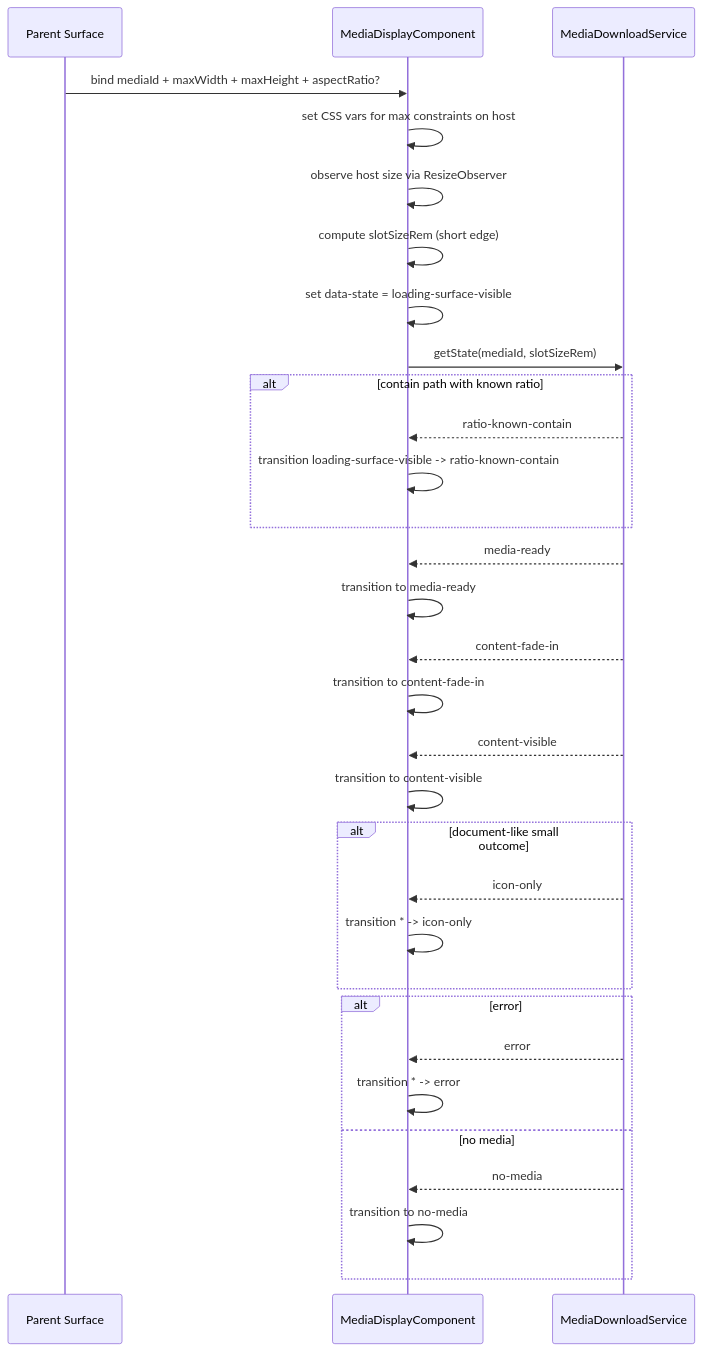
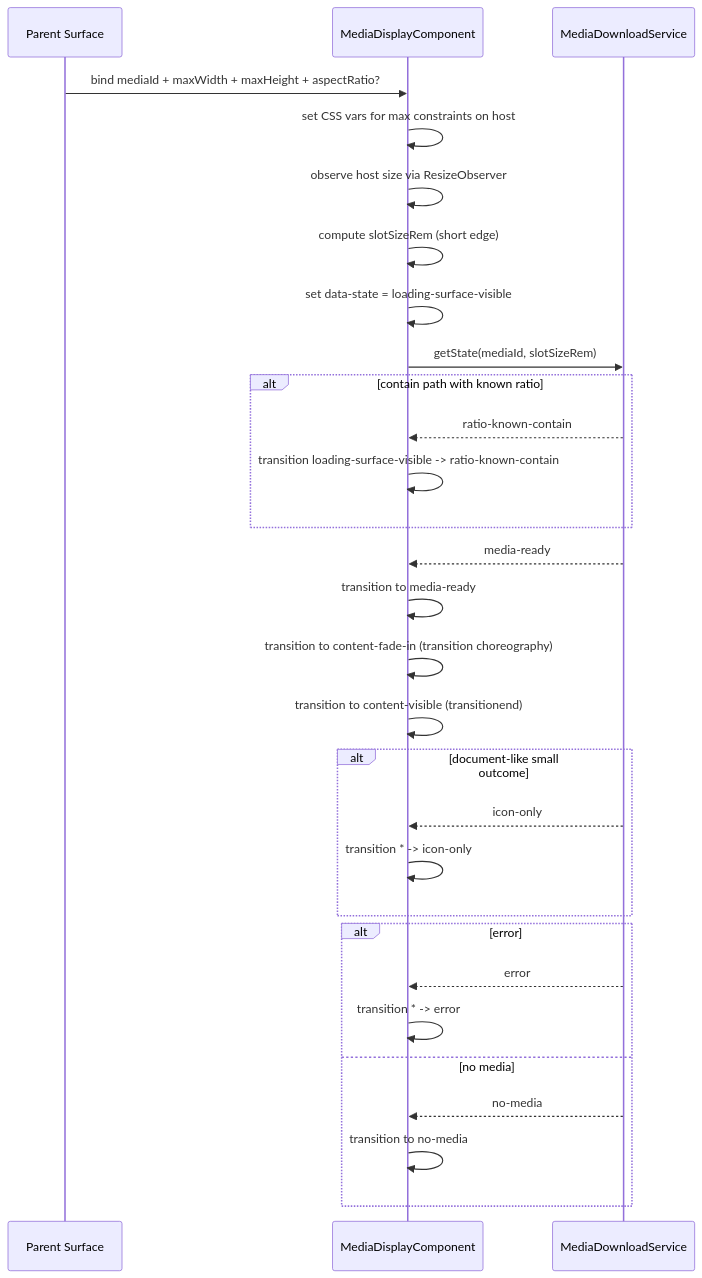
The second of 2 diagrams in docs/specs/component/media-display.md (matkleve/feldpost), drawn with Mermaid before and after one commit. The commit also changed other lines of this file and 3 other files, not shown here.

````diff
--- a/docs/specs/component/media-display.md
+++ b/docs/specs/component/media-display.md
@@ -348,34 +348,32 @@
 ```mermaid
 sequenceDiagram
   participant P as Parent Surface
   participant D as MediaDisplayComponent
   participant S as MediaDownloadService
 
   P->>D: bind mediaId + maxWidth + maxHeight + aspectRatio?
   D->>D: set CSS vars for max constraints on host
   D->>D: observe host size via ResizeObserver
   D->>D: compute slotSizeRem (short edge)
   D->>D: set data-state = loading-surface-visible
   D->>S: getState(mediaId, slotSizeRem)
   alt contain path with known ratio
     S-->>D: ratio-known-contain
     D->>D: transition loading-surface-visible -> ratio-known-contain
   end
   S-->>D: media-ready
   D->>D: transition to media-ready
-  S-->>D: content-fade-in
-  D->>D: transition to content-fade-in
-  S-->>D: content-visible
-  D->>D: transition to content-visible
+  D->>D: transition to content-fade-in (transition choreography)
+  D->>D: transition to content-visible (transitionend)
   alt document-like small outcome
     S-->>D: icon-only
     D->>D: transition * -> icon-only
   end
   alt error
     S-->>D: error
     D->>D: transition * -> error
   else no media
     S-->>D: no-media
     D->>D: transition to no-media
   end
 ```
````
